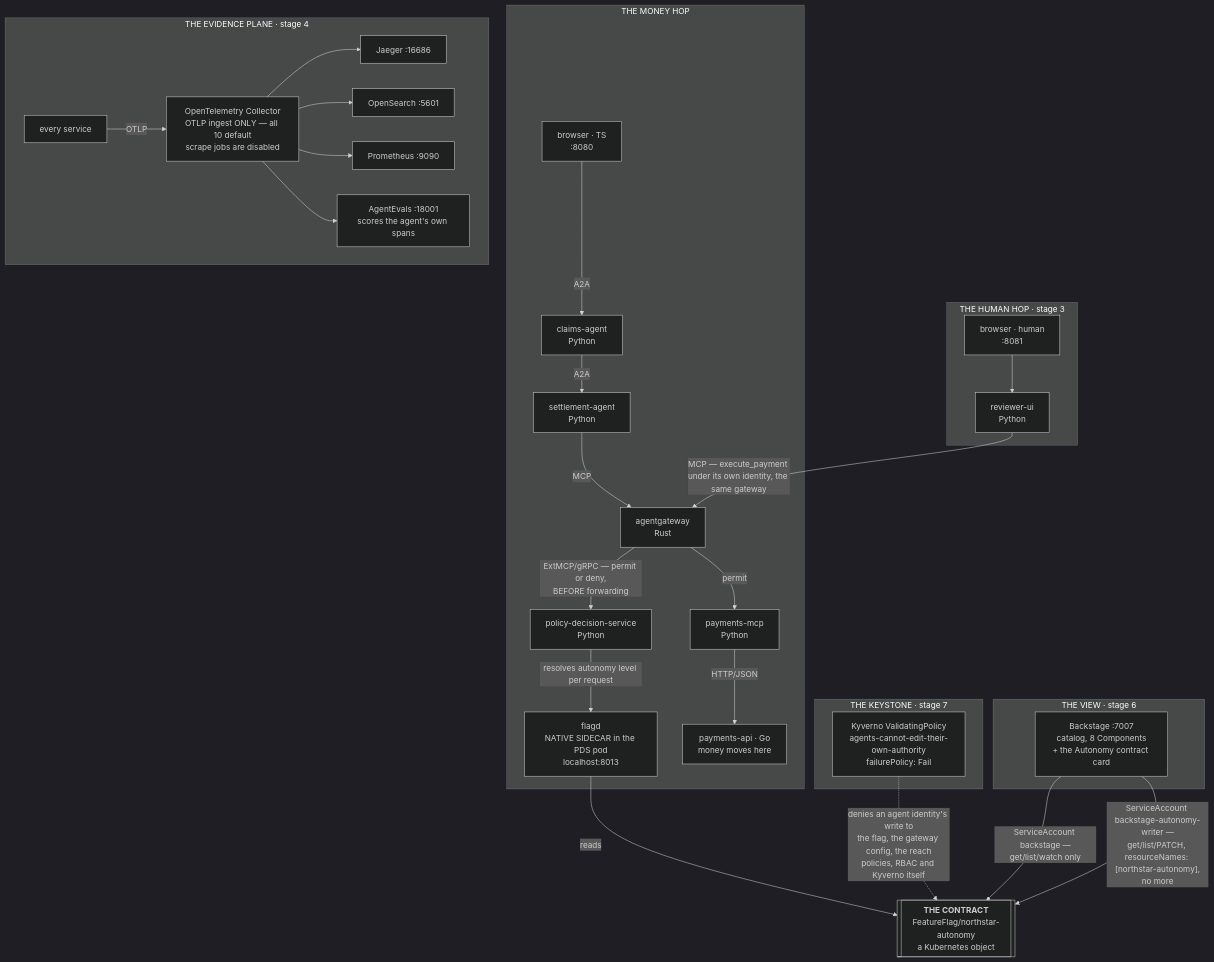
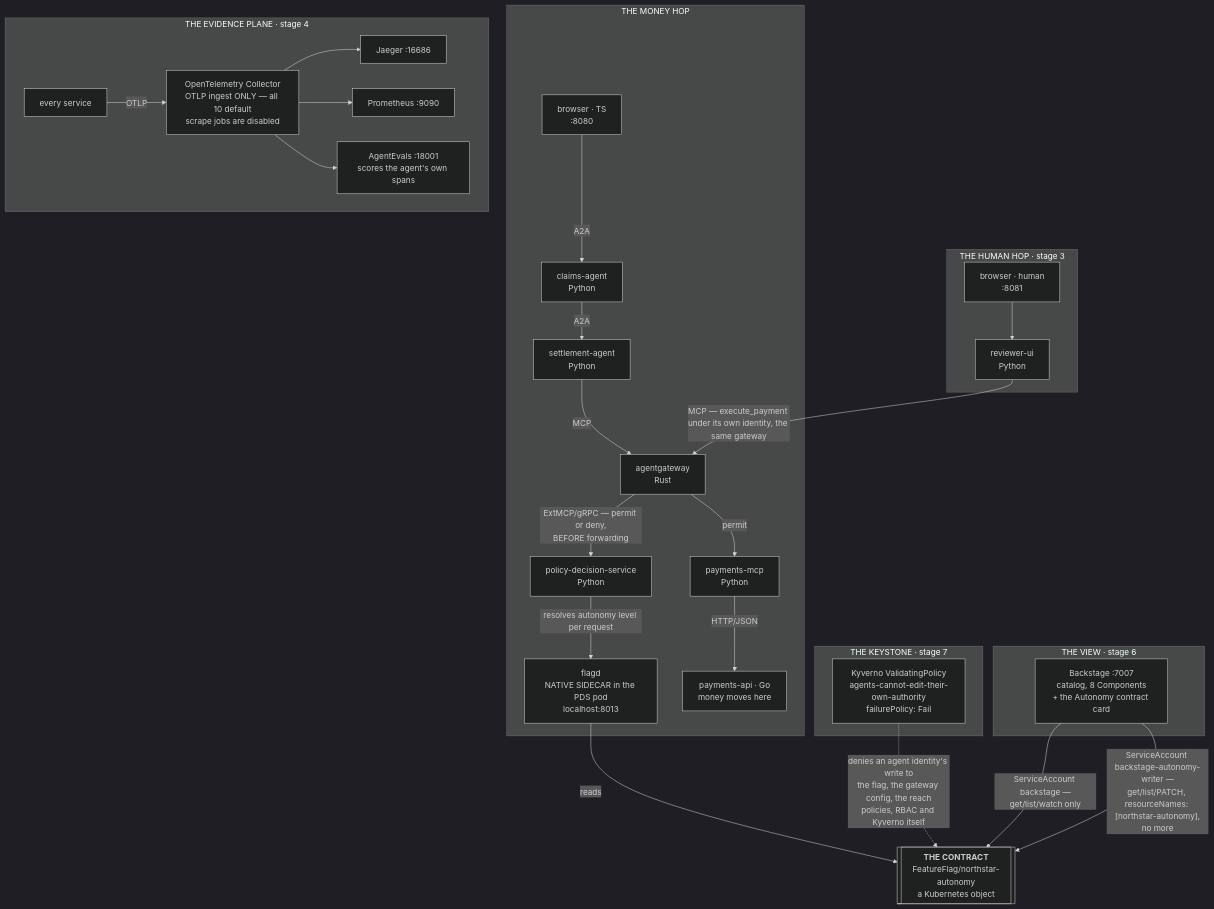
Before and after one commit to kaspernissen/aip-demo: the second of 4 diagrams in docs/demo-runbook.md, drawn with Mermaid (dark theme). The commit also changed other lines of this file and 54 other files, not shown here.

First line of the commit message:
Remove OpenSearch and OpenSearch Dashboards

```diff
--- a/docs/demo-runbook.md
+++ b/docs/demo-runbook.md
@@ -105,65 +105,64 @@
 <pre class="mermaid">
 flowchart TD
     subgraph money["THE MONEY HOP"]
         br["`browser · TS
       :8080`"] -->|A2A| ca["`claims-agent
       Python`"]
         ca -->|A2A| sa["`settlement-agent
       Python`"]
         sa -->|MCP| gw["`agentgateway
       Rust`"]
         gw -->|"`ExtMCP/gRPC — permit or deny,
       BEFORE forwarding`"| pds["`policy-decision-service
       Python`"]
         pds -->|"resolves autonomy level per request"| fd["`flagd
       NATIVE SIDECAR in the PDS pod
       localhost:8013`"]
         gw -->|permit| pm["`payments-mcp
       Python`"]
         pm -->|"HTTP/JSON"| pa["`payments-api · Go
       money moves here`"]
     end
 
     ff[["`**THE CONTRACT**
       FeatureFlag/northstar-autonomy
       a Kubernetes object`"]]
     fd -->|reads| ff
 
     subgraph humanhop["THE HUMAN HOP · stage 3"]
         hb["`browser · human
       :8081`"] --> ru["`reviewer-ui
       Python`"]
     end
     ru -->|"MCP — execute_payment under its own identity, the same gateway"| gw
 
     subgraph evidence["THE EVIDENCE PLANE · stage 4"]
         svc["every service"] -->|OTLP| col["`OpenTelemetry Collector
       OTLP ingest ONLY — all 10 default
       scrape jobs are disabled`"]
         col --> jg["Jaeger :16686"]
-        col --> os["OpenSearch :5601"]
         col --> pr["Prometheus :9090"]
         col --> ae["`AgentEvals :18001
       scores the agent's own spans`"]
     end
 
     subgraph view["THE VIEW · stage 6"]
         bs["`Backstage :7007
       catalog, 8 Components
       + the Autonomy contract card`"]
     end
 
     subgraph keystone["THE KEYSTONE · stage 7"]
         kv["`Kyverno ValidatingPolicy
       agents-cannot-edit-their-own-authority
       failurePolicy: Fail`"]
     end
     kv -.->|"`denies an agent identity's write to
       the flag, the gateway config, the reach
       policies, RBAC and Kyverno itself`"| ff
     bs -->|"`ServiceAccount backstage —
       get/list/watch only`"| ff
     bs -->|"`ServiceAccount backstage-autonomy-writer —
       get/list/PATCH, resourceNames: [northstar-autonomy],
       no more`"| ff
 </pre>
```
